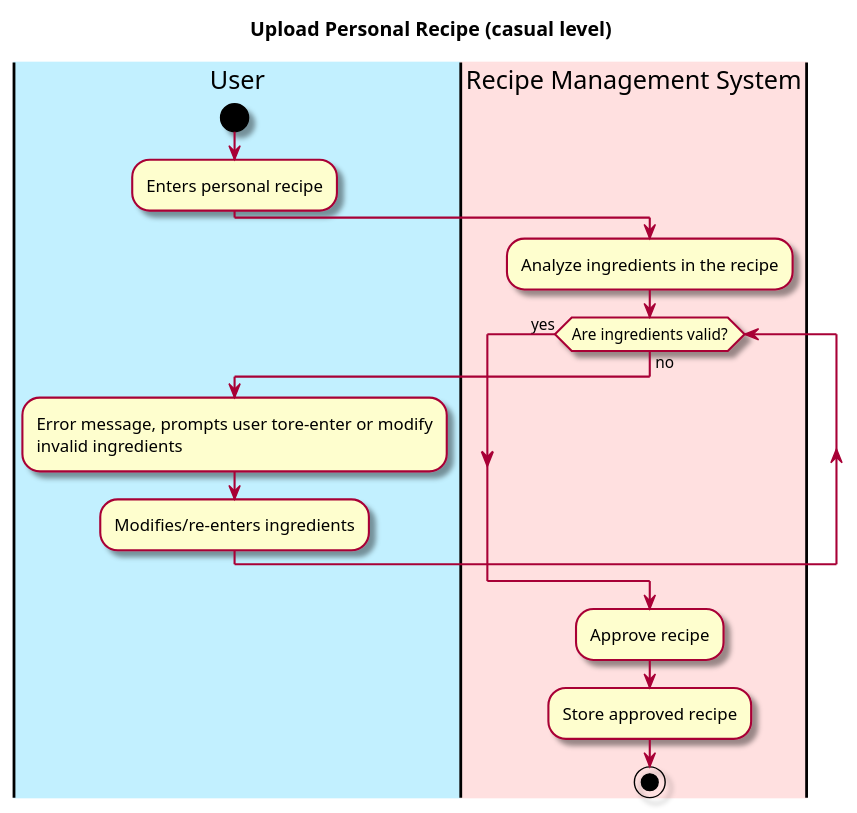
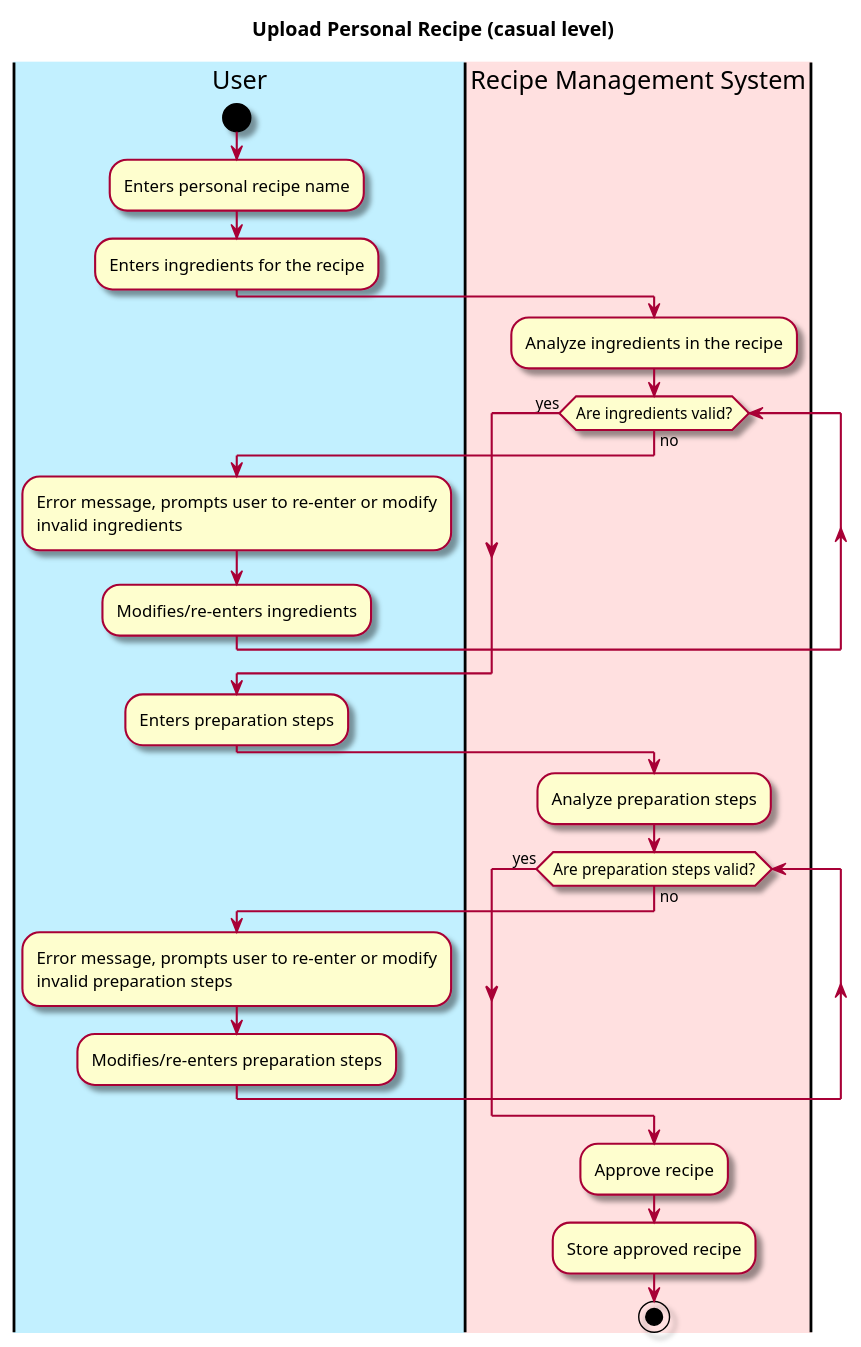
The diagram in intellij/doc/use-cases/upload_personal_recipe.md (berthashipper/Pantry-Pal-Android-Application), drawn with PlantUML before and after one commit. The commit also changed other lines of this file, not shown here.

Commit message:
Improved upload_personal_recipes use case to account for feeback regarding recipe definition

````diff
--- a/intellij/doc/use-cases/upload_personal_recipe.md
+++ b/intellij/doc/use-cases/upload_personal_recipe.md
@@ -28,35 +26,49 @@
 ```plantuml
 @startuml
 
 skin rose
 
 title Upload Personal Recipe (casual level)
 
 'define the lanes
 |#application|User|
 |#implementation|Recipe Management System|
 
 |User|
 start
-:Enters personal recipe;
+:Enters personal recipe name;
+:Enters ingredients for the recipe;
 
 |Recipe Management System|
 :Analyze ingredients in the recipe;
 
 while (Are ingredients valid?) is (no)
   |User|
-  :Error message, prompts user tore-enter or modify
+  :Error message, prompts user to re-enter or modify
   invalid ingredients;
   :Modifies/re-enters ingredients;  
 endwhile(yes) 
+
+|User|
+:Enters preparation steps;
+
+|Recipe Management System|
+:Analyze preparation steps;
+
+while (Are preparation steps valid?) is (no)
+  |User|
+  :Error message, prompts user to re-enter or modify
+  invalid preparation steps;
+  :Modifies/re-enters preparation steps;  
+endwhile(yes)
   
 
 |Recipe Management System|
 :Approve recipe;
 :Store approved recipe;
 
 stop
 
 
 @enduml
 ```
````
